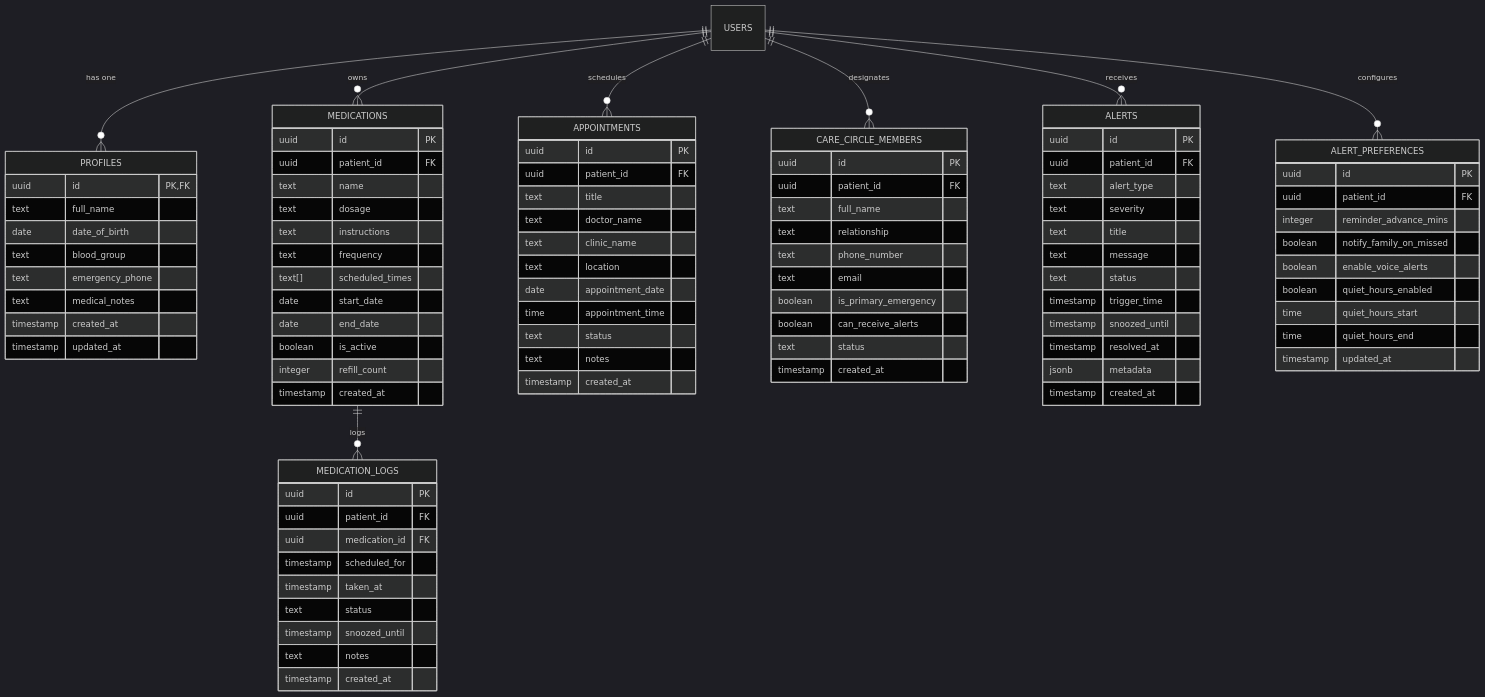
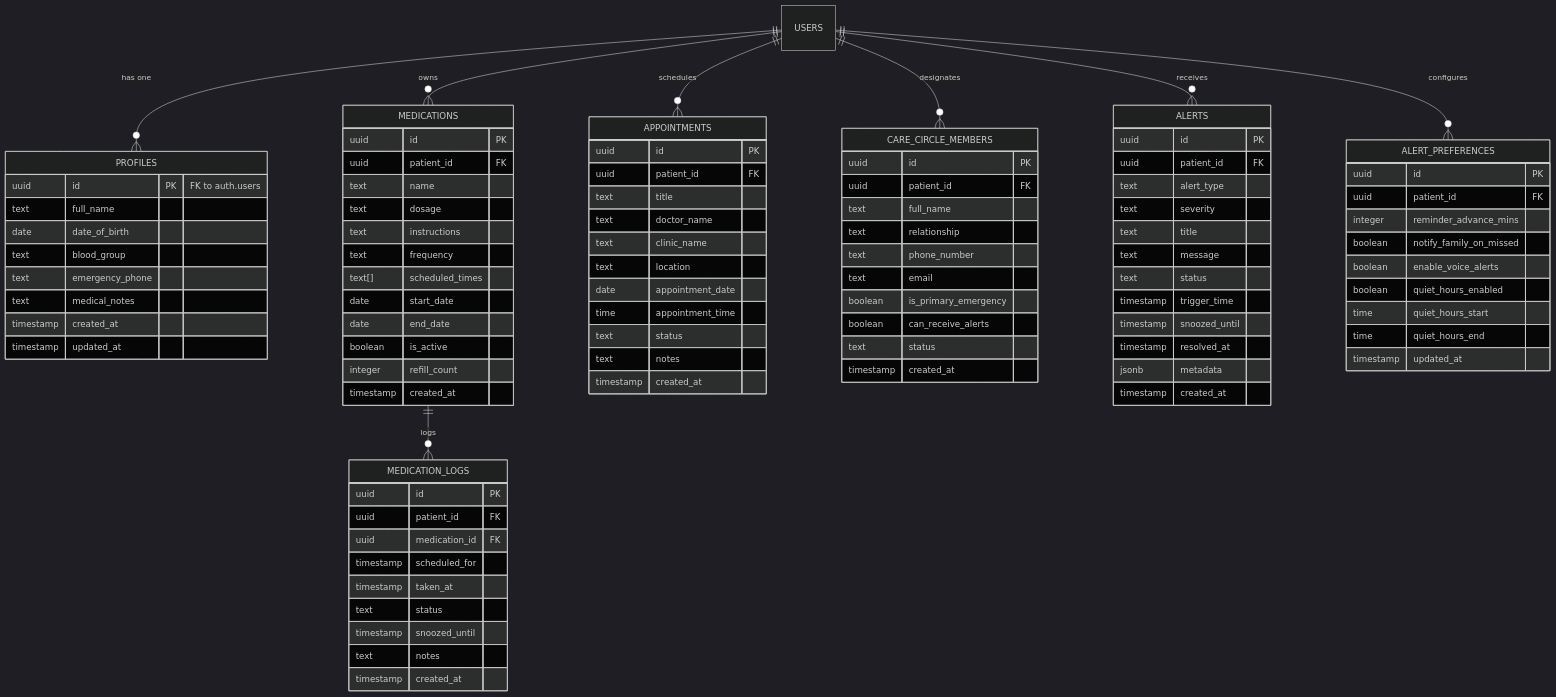
The second of 2 diagrams in README.md (Cassion478/CareCircle), drawn with Mermaid (dark theme) before and after one commit. The commit also changed other lines of this file and 15 other files, not shown here.

Commit message:
fix(auth,docs): remove demo mode references and fix README mermaid diagrams

```diff
--- a/README.md
+++ b/README.md
@@ -302,7 +302,7 @@
     USERS ||--o{ ALERT_PREFERENCES : "configures"
 
     PROFILES {
-        uuid id PK,FK
+        uuid id PK "FK to auth.users"
         text full_name
         date date_of_birth
         text blood_group
```
